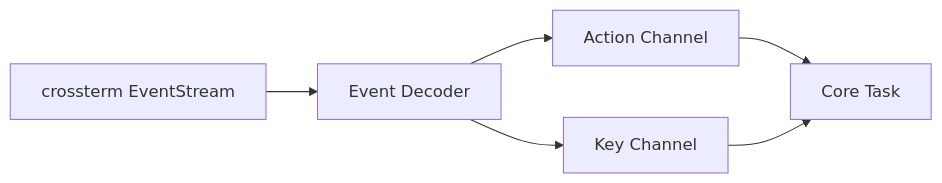
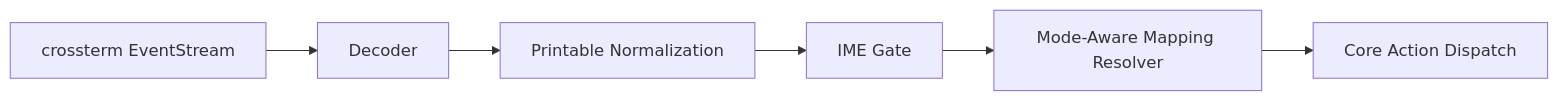
One commit to lkjsxc/kjxlkj changed the diagram in docs/spec/architecture/input-decoding.md. Above: the diagram before and after it, drawn with Mermaid. The commit also changed other lines of this file and 51 other files, not shown here.

````diff
--- a/docs/spec/architecture/input-decoding.md
+++ b/docs/spec/architecture/input-decoding.md
@@ -9,8 +9,8 @@
 ```mermaid
 graph LR
-  EVT[crossterm EventStream] --> DEC[Event Decoder]
-  DEC --> ACT[Action Channel]
-  DEC --> KEY[Key Channel]
-  ACT --> CORE[Core Task]
-  KEY --> CORE
+  EVT[crossterm EventStream] --> DEC[Decoder]
+  DEC --> NORM[Printable Normalization]
+  NORM --> IME[IME Gate]
+  IME --> MAP[Mode-Aware Mapping Resolver]
+  MAP --> CORE[Core Action Dispatch]
 ```
````
